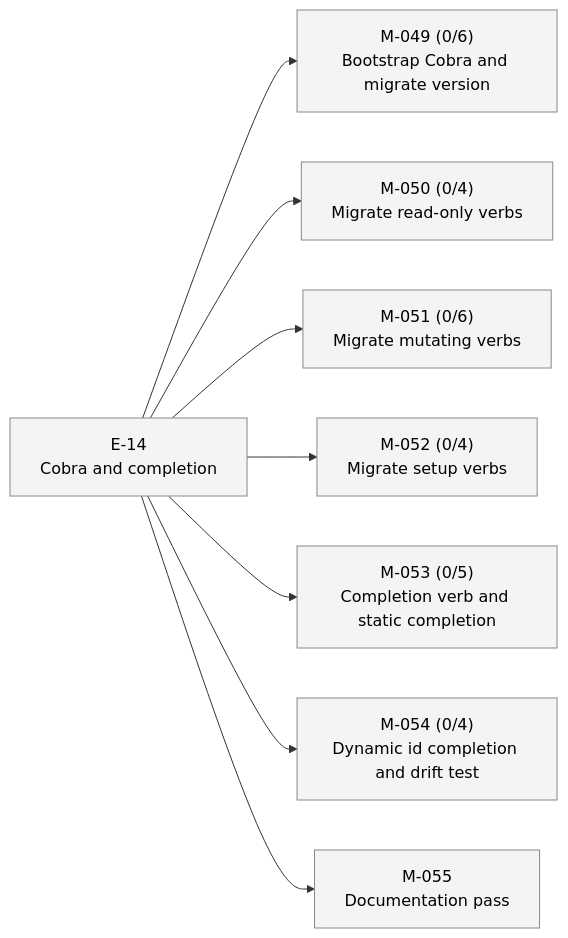
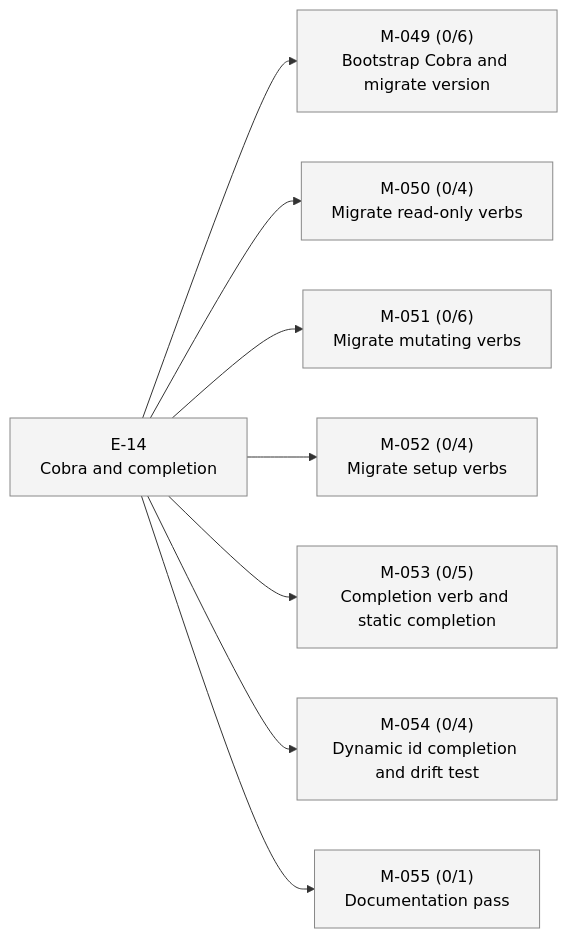
The second of 2 diagrams in STATUS.md (23min/aiwf), drawn with Mermaid before and after one commit. The commit also changed other lines of this file and 1 other file, not shown here.

````diff
--- a/STATUS.md
+++ b/STATUS.md
@@ -38,24 +38,24 @@
 ```mermaid
 flowchart LR
   E_14["E-14<br/>Cobra and completion"]:::epic_proposed
   M_049["M-049 (0/6)<br/>Bootstrap Cobra and migrate version"]:::ms_draft
   E_14 --> M_049
   M_050["M-050 (0/4)<br/>Migrate read-only verbs"]:::ms_draft
   E_14 --> M_050
   M_051["M-051 (0/6)<br/>Migrate mutating verbs"]:::ms_draft
   E_14 --> M_051
   M_052["M-052 (0/4)<br/>Migrate setup verbs"]:::ms_draft
   E_14 --> M_052
   M_053["M-053 (0/5)<br/>Completion verb and static completion"]:::ms_draft
   E_14 --> M_053
   M_054["M-054 (0/4)<br/>Dynamic id completion and drift test"]:::ms_draft
   E_14 --> M_054
-  M_055["M-055<br/>Documentation pass"]:::ms_draft
+  M_055["M-055 (0/1)<br/>Documentation pass"]:::ms_draft
   E_14 --> M_055
   classDef epic_active fill:#d6eaff,stroke:#1a73e8,color:#000
   classDef epic_proposed fill:#f4f4f4,stroke:#888,color:#000
   classDef ms_done fill:#d8f5d8,stroke:#2a8a2a,color:#000
   classDef ms_in_progress fill:#fff3c4,stroke:#caa400,color:#000
   classDef ms_draft fill:#f4f4f4,stroke:#888,color:#000
   classDef ms_cancelled fill:#fbeaea,stroke:#c33,color:#000
 ```
````
